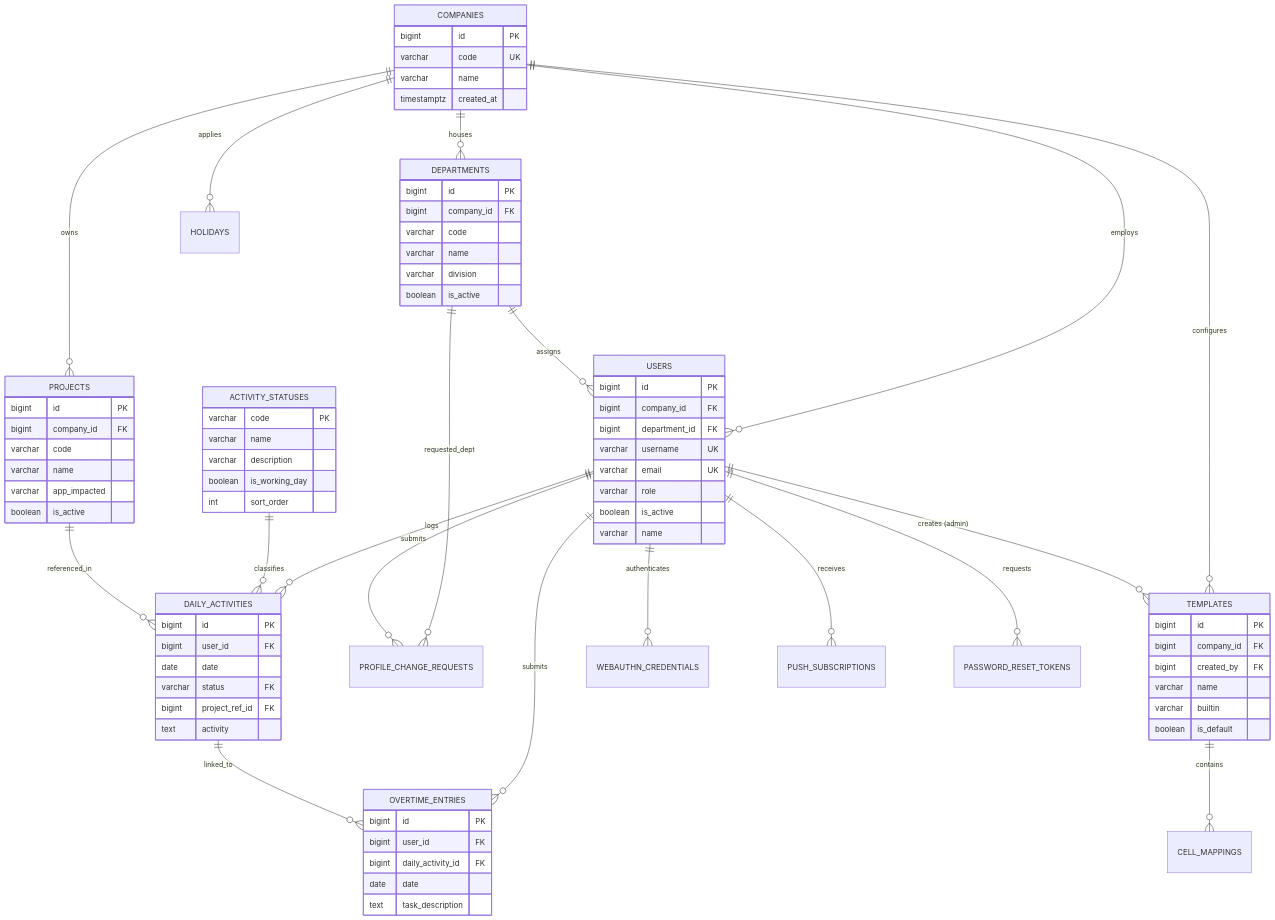
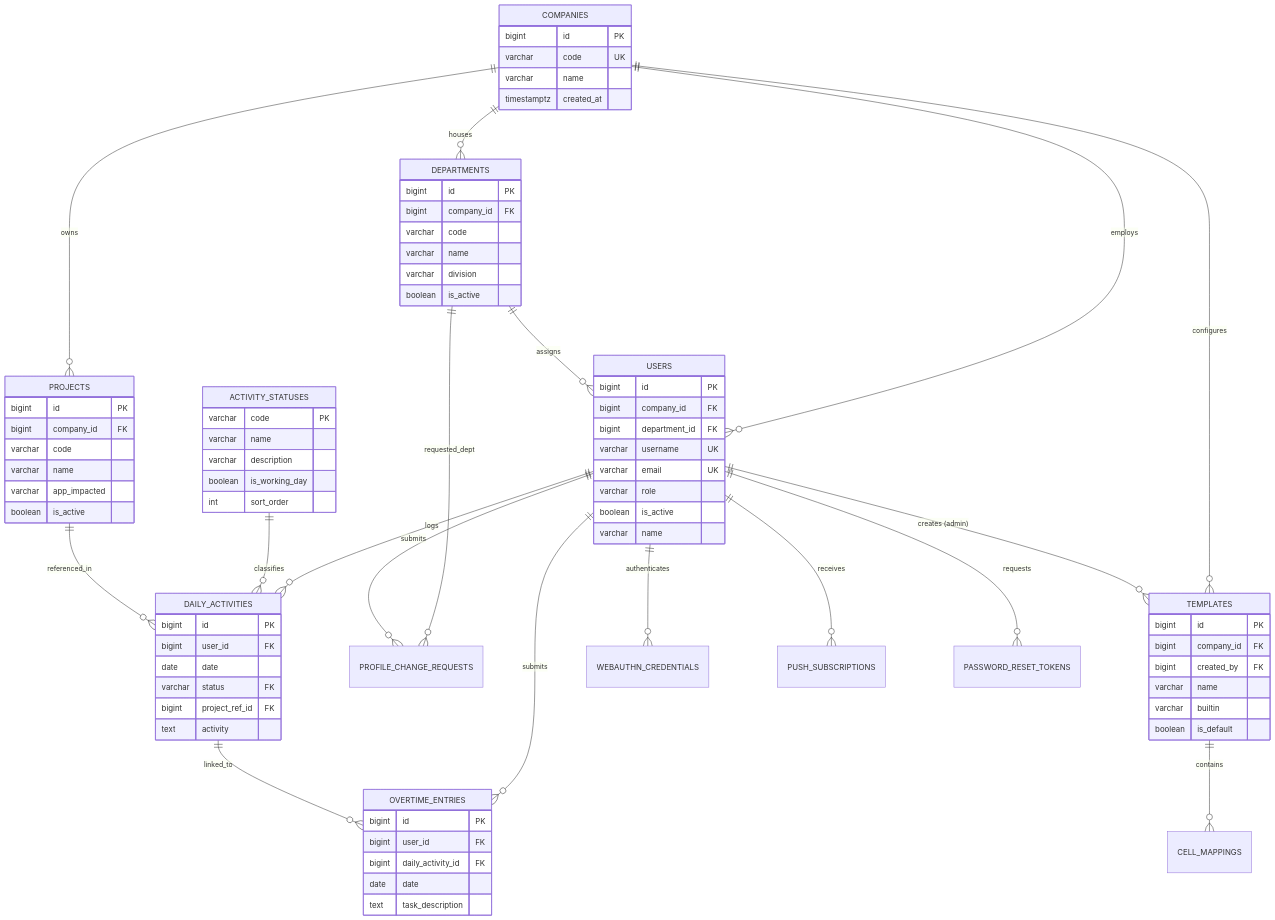
Before and after one commit to Waluh-Corporation/timesheet-backend: the diagram in docs/DATABASE_ADMINISTRATION.md, drawn with Mermaid. The commit also changed other lines of this file and 13 other files, not shown here.

First line of the commit message:
feat(holiday): integrate Kemendesa API, add classifications, and normalize schema

```diff
--- a/docs/DATABASE_ADMINISTRATION.md
+++ b/docs/DATABASE_ADMINISTRATION.md
@@ -64,7 +64,6 @@
     COMPANIES ||--o{ PROJECTS : "owns"
     COMPANIES ||--o{ TEMPLATES : "configures"
     COMPANIES ||--o{ USERS : "employs"
-    COMPANIES ||--o{ HOLIDAYS : "applies"
 
     DEPARTMENTS ||--o{ USERS : "assigns"
     DEPARTMENTS ||--o{ PROFILE_CHANGE_REQUESTS : "requested_dept"
```
